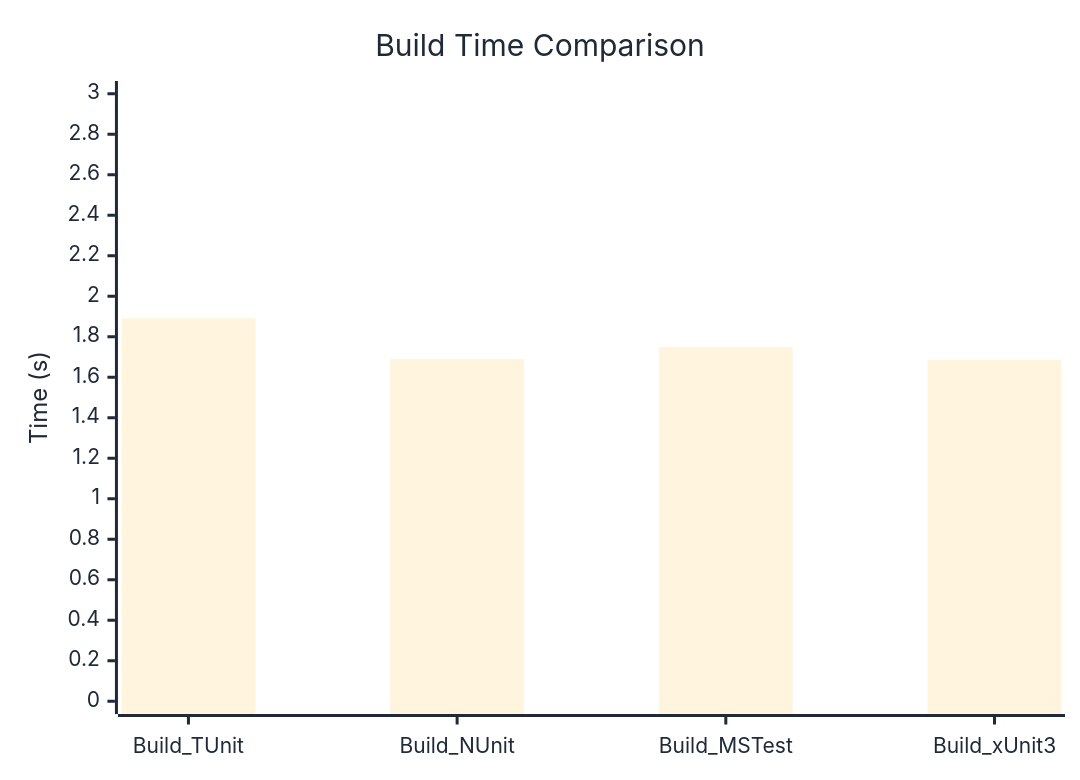
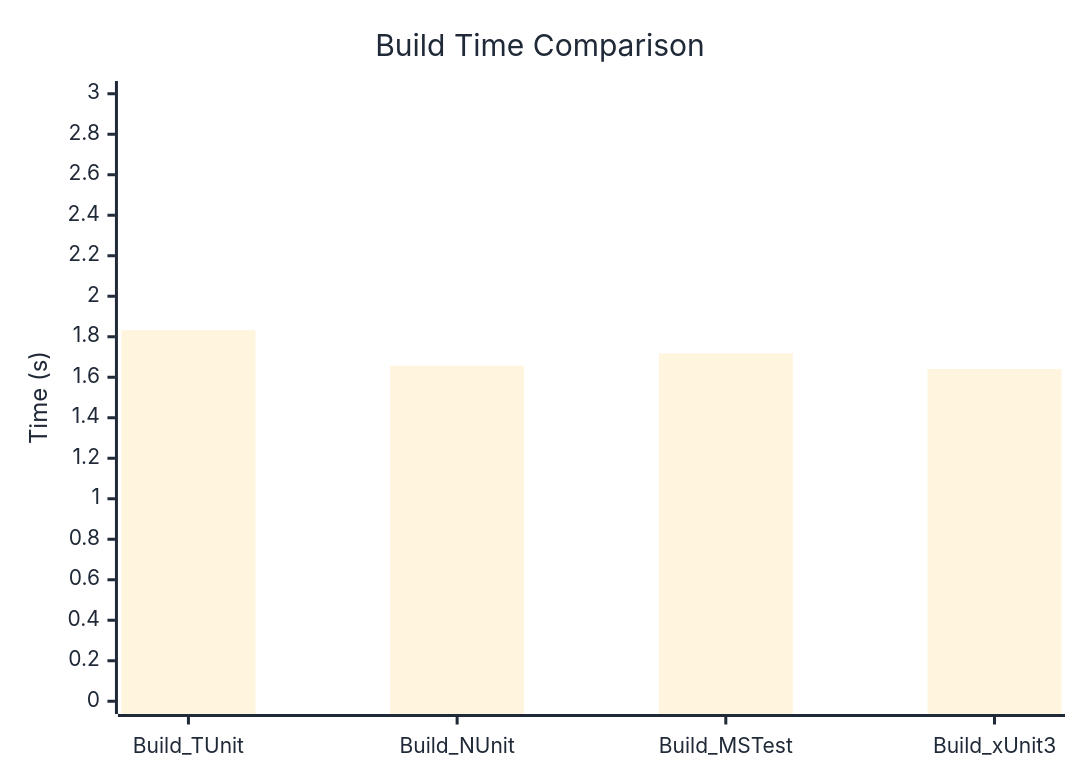
Before and after one commit to weiyilai/TUnit: the diagram in docs/docs/benchmarks/BuildTime.md, drawn with Mermaid. The commit also changed other lines of this file and 17 other files, not shown here.

````diff
--- a/docs/docs/benchmarks/BuildTime.md
+++ b/docs/docs/benchmarks/BuildTime.md
@@ -28,37 +28,37 @@
 ```mermaid
 %%{init: {
   'theme':'base',
   'themeVariables': {
     'primaryColor': '#2563eb',
     'primaryTextColor': '#1f2937',
     'primaryBorderColor': '#1e40af',
     'lineColor': '#6b7280',
     'secondaryColor': '#7c3aed',
     'tertiaryColor': '#dc2626',
     'background': '#ffffff',
     'mainBkg': '#2563eb',
     'secondBkg': '#7c3aed',
     'tertiaryBkg': '#dc2626',
     'clusterBkg': '#f3f4f6',
     'edgeLabelBackground': '#ffffff',
     'tertiaryTextColor': '#1f2937',
     'pie1': '#2563eb',
     'pie2': '#7c3aed',
     'pie3': '#dc2626',
     'pie4': '#f59e0b',
     'pie5': '#10b981',
     'pie6': '#06b6d4',
     'pie7': '#ec4899',
     'pie8': '#6366f1',
     'pie9': '#84cc16',
     'pie10': '#f97316',
     'pie11': '#14b8a6',
     'pie12': '#a855f7'
   }
 }}%%
 xychart-beta
   title "Build Time Comparison"
   x-axis ["Build_TUnit", "Build_NUnit", "Build_MSTest", "Build_xUnit3"]
   y-axis "Time (s)" 0 --> 3
-  bar [1.891, 1.69, 1.75, 1.686]
+  bar [1.833, 1.657, 1.718, 1.641]
 ```
````
